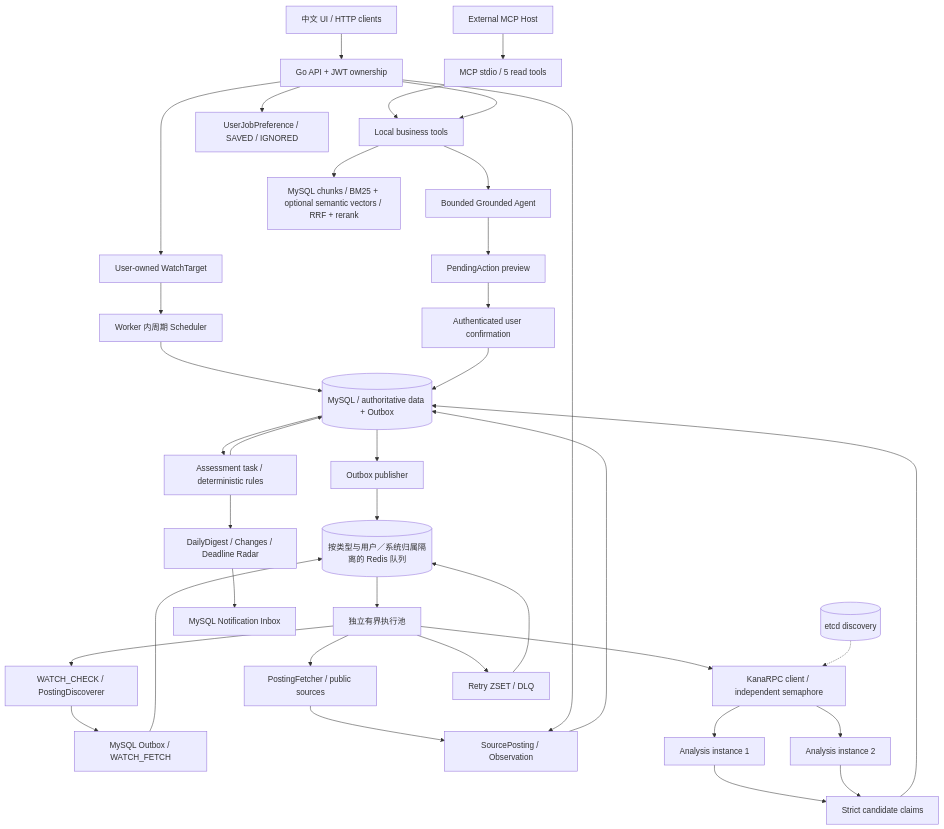
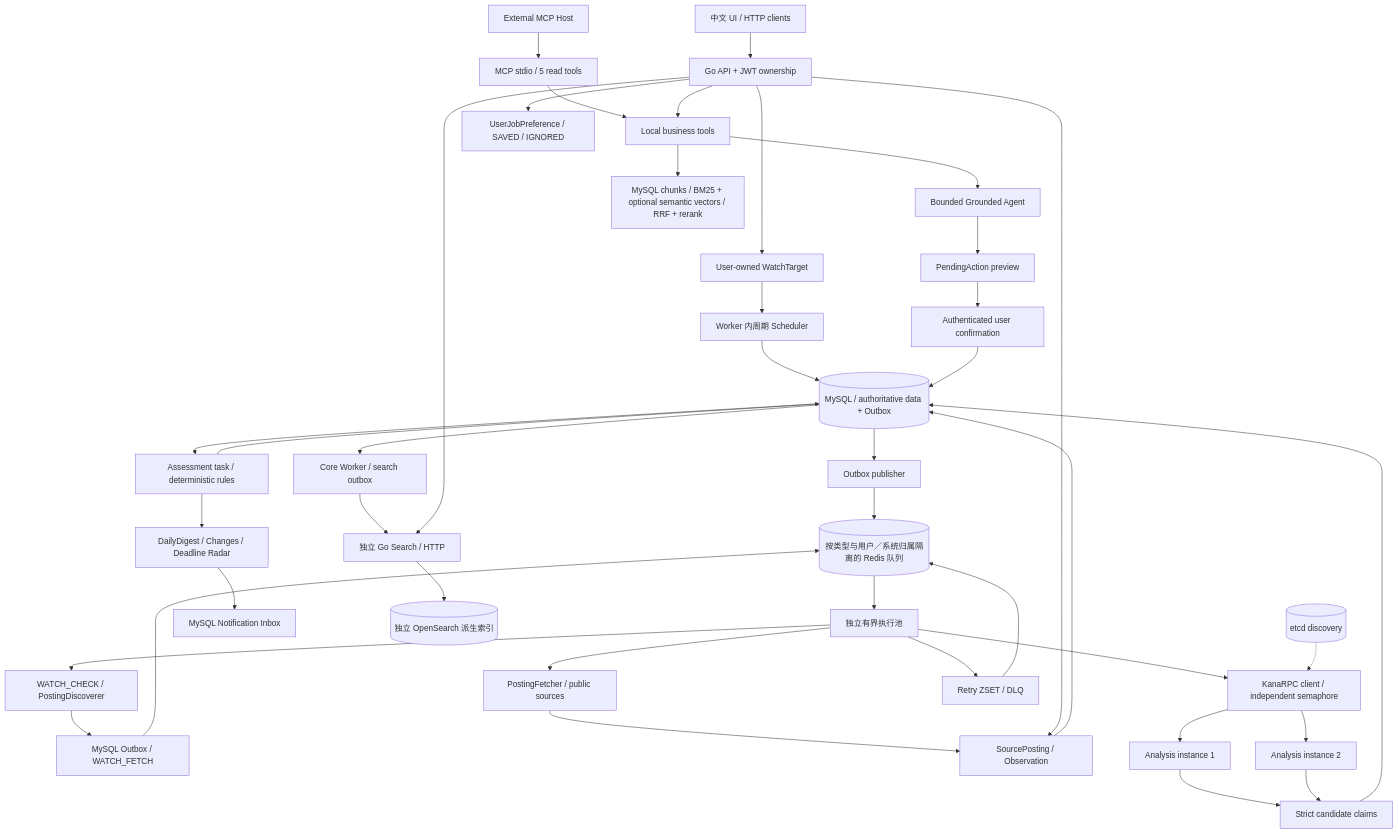
One commit to KanaDoodle/CampusTrace changed the diagram in docs/architecture.md. Above: the diagram before and after it, drawn with Mermaid. The commit also changed other lines of this file and 45 other files, not shown here.

First line of the commit message:
feat: extract Search service with durable OpenSearch indexing

````diff
--- a/docs/architecture.md
+++ b/docs/architecture.md
@@ -23,39 +23,43 @@
 ```mermaid
 flowchart TD
   UI[中文 UI / HTTP clients] --> API[Go API + JWT ownership]
   Host[External MCP Host] --> MCP[MCP stdio / 5 read tools]
   MCP --> Tools[Local business tools]
   API --> Tools
   API --> Watch[User-owned WatchTarget]
   Watch --> Scheduler[Worker 内周期 Scheduler]
   Scheduler --> DB
   Worker --> Discover[WATCH_CHECK / PostingDiscoverer]
   Discover --> Fanout[MySQL Outbox / WATCH_FETCH]
   Fanout --> Stream
   Worker --> Fetch[PostingFetcher / public sources]
   Fetch --> O[SourcePosting / Observation]
   API --> O
   Rules --> Radar[DailyDigest / Changes / Deadline Radar]
   Radar --> Inbox[MySQL Notification Inbox]
   API --> Preference[UserJobPreference / SAVED / IGNORED]
   O --> DB[(MySQL / authoritative data + Outbox)]
+  DB --> SearchSync[Core Worker / search outbox]
+  SearchSync --> Search[独立 Go Search / HTTP]
+  API --> Search
+  Search --> OS[(独立 OpenSearch 派生索引)]
   DB --> Publisher[Outbox publisher]
   Publisher --> Stream[(按类型与用户／系统归属隔离的 Redis 队列)]
   Stream --> Worker[独立有界执行池]
   Worker --> RPC[KanaRPC client / independent semaphore]
   Etcd[(etcd discovery)] -.-> RPC
   RPC --> A1[Analysis instance 1]
   RPC --> A2[Analysis instance 2]
   A1 --> Claims[Strict candidate claims]
   A2 --> Claims
   Claims --> DB
   DB --> Rules[Assessment task / deterministic rules]
   Rules --> DB
   Worker --> Retry[Retry ZSET / DLQ]
   Retry --> Stream
   Tools --> Agent[Bounded Grounded Agent]
   Agent --> Pending[PendingAction preview]
   Pending --> Confirm[Authenticated user confirmation]
   Confirm --> DB
   Tools --> RAG[MySQL chunks / BM25 + optional semantic vectors / RRF + rerank]
 ```
````
